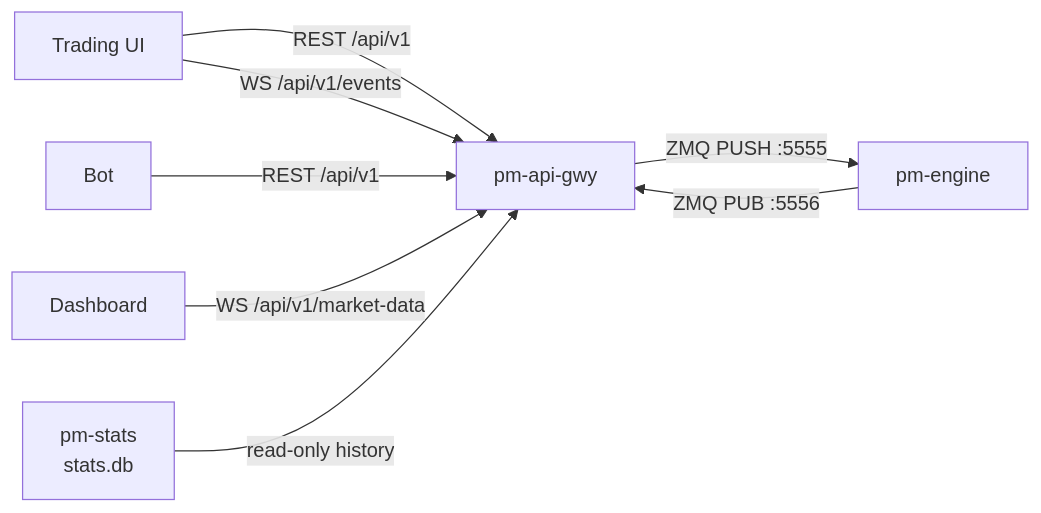
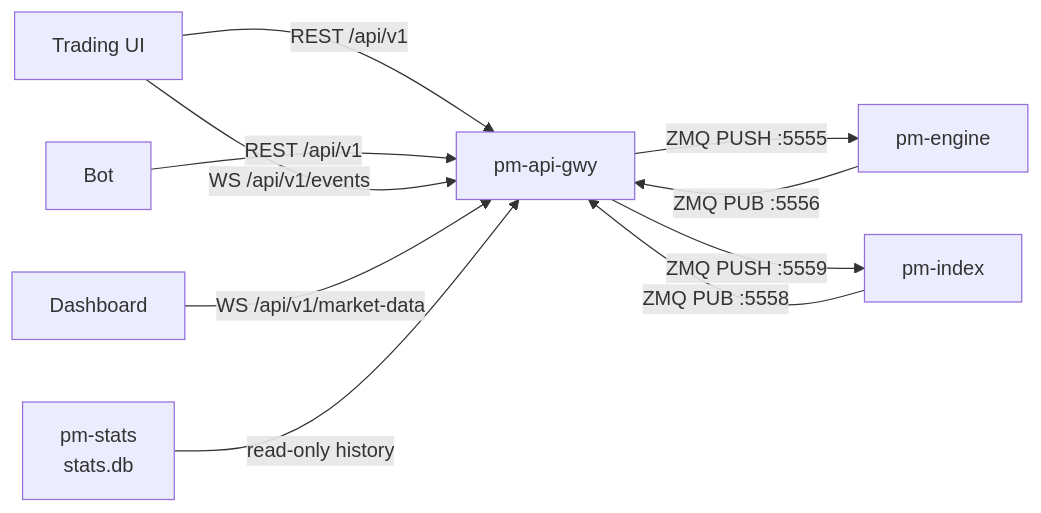
The diagram in docs/user-guide/260-api-gateway.md (johan162/EduMatcher), drawn with Mermaid before and after one commit. The commit also changed other lines of this file and 10 other files, not shown here.

First line of the commit message:
feat(api-gwy): aadd /history/index-events and keyset pagination

````diff
--- a/docs/user-guide/260-api-gateway.md
+++ b/docs/user-guide/260-api-gateway.md
@@ -24,10 +24,12 @@
 ```mermaid
 flowchart LR
     UI[Trading UI] -->|REST /api/v1| API[pm-api-gwy]
     BOT[Bot] -->|REST /api/v1| API
   UI -->|WS /api/v1/events| API
   DASH[Dashboard] -->|WS /api/v1/market-data| API
     API -->|ZMQ PUSH :5555| ENG[pm-engine]
     ENG -->|ZMQ PUB :5556| API
     STATS[pm-stats\nstats.db] -->|read-only history| API
+    API -->|ZMQ PUSH :5559| IDX[pm-index]
+    IDX -->|ZMQ PUB :5558| API
 ```
````
